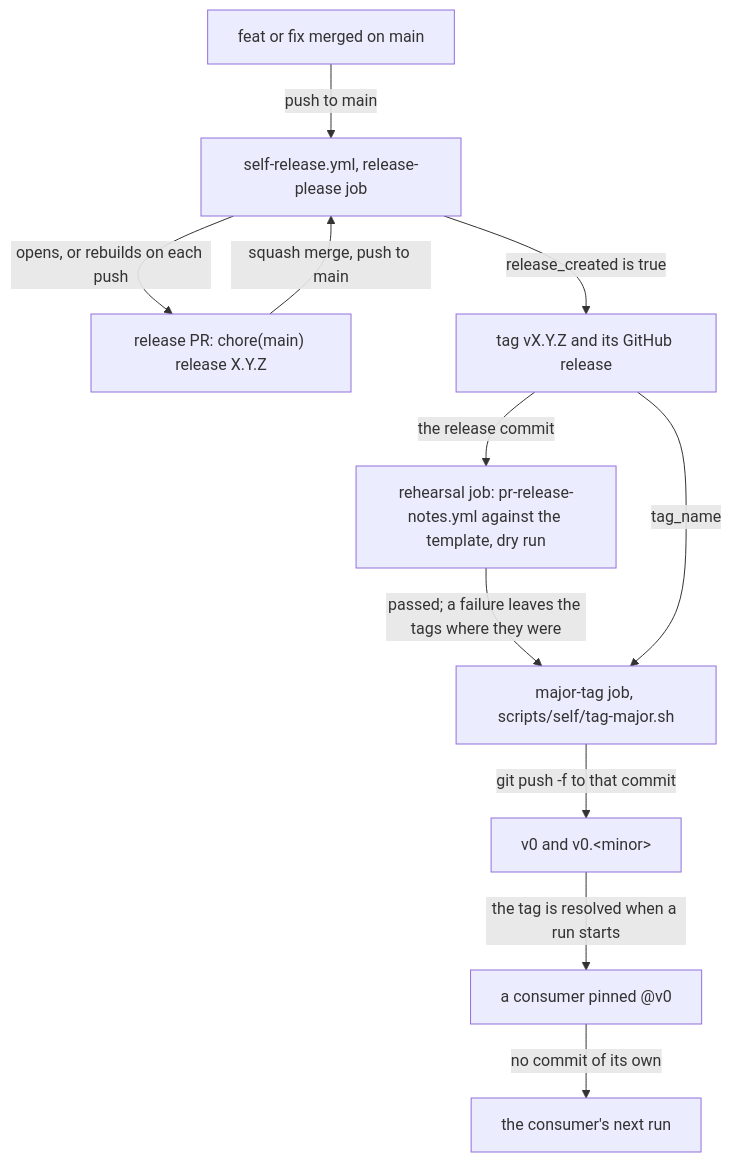
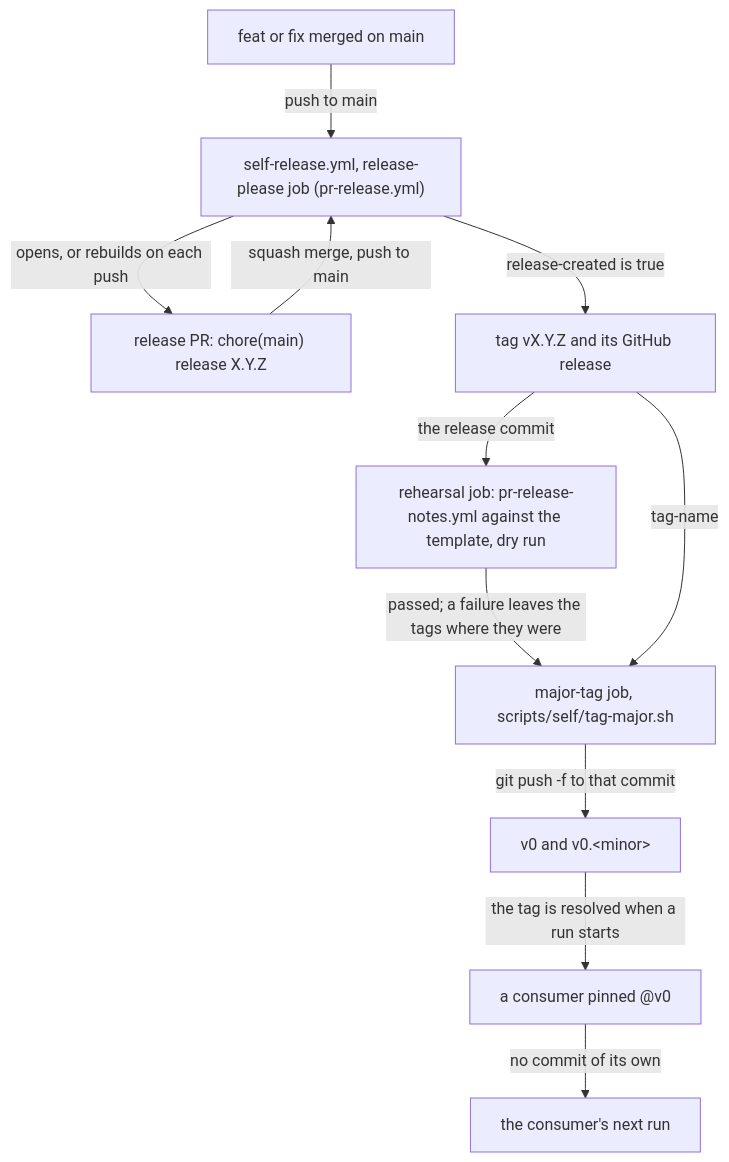
Before and after one commit to blinkbitcoin/shared-workflows: the first of 5 diagrams in docs/consumer-guide.md, drawn with Mermaid. The commit also changed other lines of this file and 15 other files, not shown here.

````diff
--- a/docs/consumer-guide.md
+++ b/docs/consumer-guide.md
@@ -43,22 +43,22 @@
 ```mermaid
 flowchart TD
   merged["feat or fix merged on main"]
-  release["self-release.yml, release-please job"]
+  release["self-release.yml, release-please job (pr-release.yml)"]
   pr["release PR: chore(main) release X.Y.Z"]
   tag["tag vX.Y.Z and its GitHub release"]
   rehearsal["rehearsal job: pr-release-notes.yml against the template, dry run"]
   major["major-tag job, scripts/self/tag-major.sh"]
   moving["v0 and v0.&lt;minor&gt;"]
   consumer["a consumer pinned @v0"]
   run["the consumer's next run"]
   merged -->|"push to main"| release
   release -->|"opens, or rebuilds on each push"| pr
   pr -->|"squash merge, push to main"| release
-  release -->|"release_created is true"| tag
+  release -->|"release-created is true"| tag
   tag -->|"the release commit"| rehearsal
   rehearsal -->|"passed; a failure leaves the tags where they were"| major
-  tag -->|"tag_name"| major
+  tag -->|"tag-name"| major
   major -->|"git push -f to that commit"| moving
   moving -->|"the tag is resolved when a run starts"| consumer
   consumer -->|"no commit of its own"| run
 ```
````
